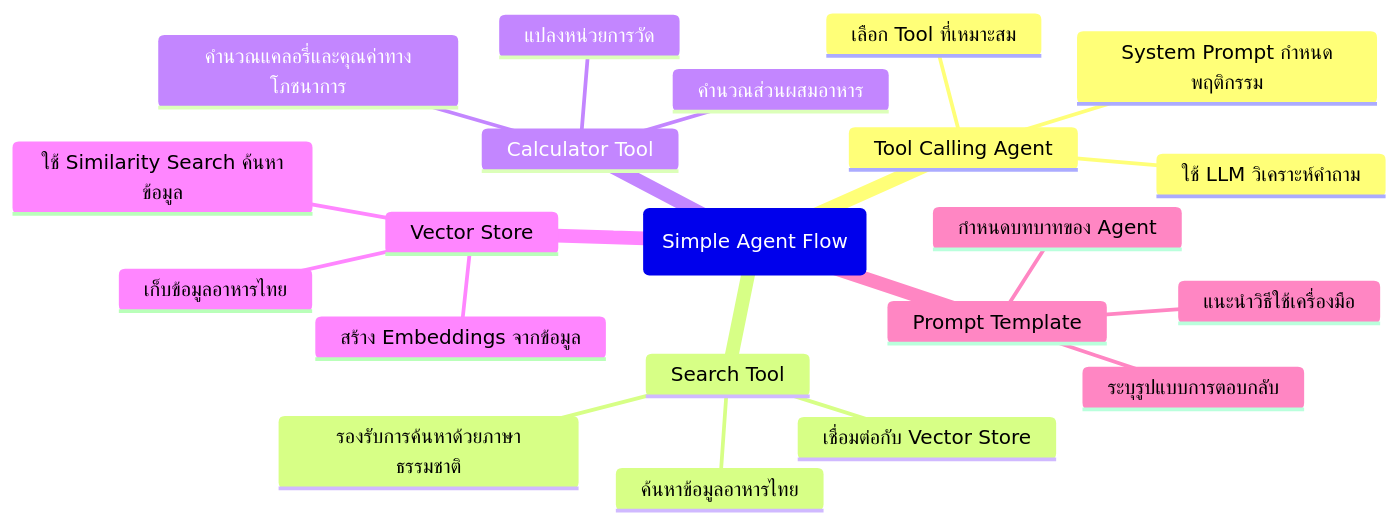
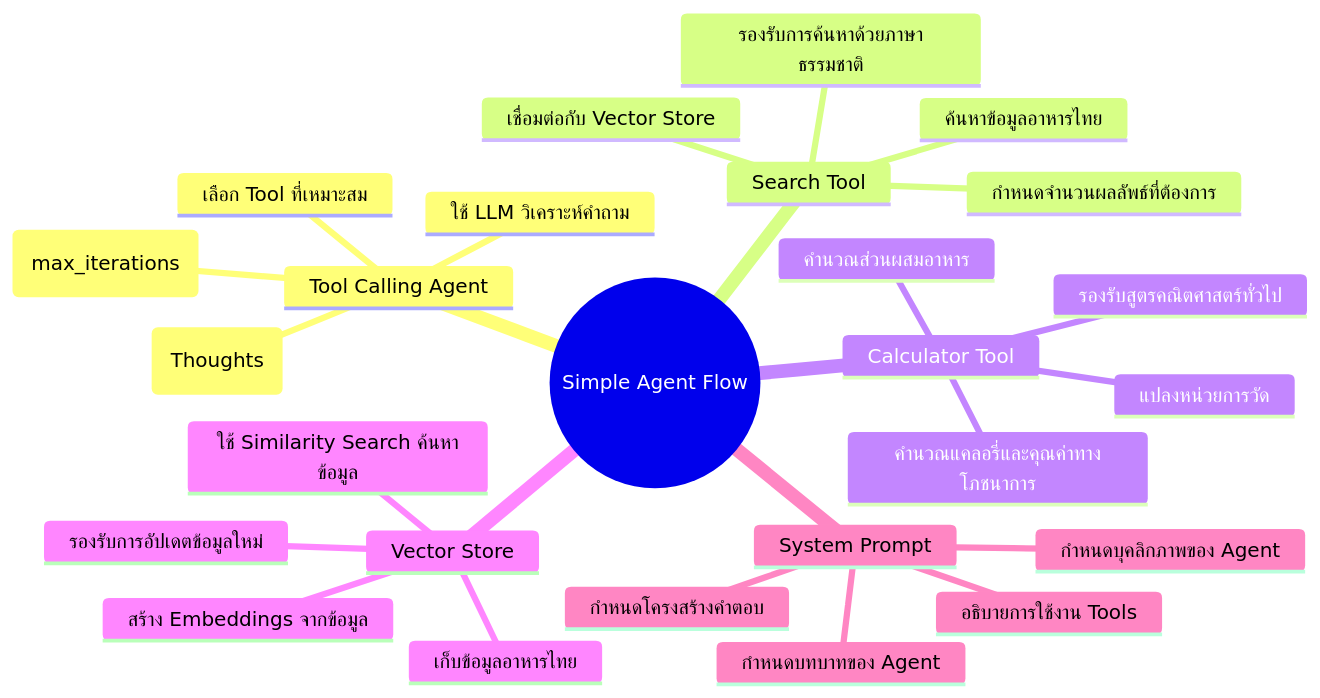
The fifth of 18 diagrams in hand-on_2-3/README_TH.md (amornpan/langflow-ai), drawn with Mermaid before and after one commit. The commit also changed other lines of this file and 3 other files, not shown here.

````diff
--- a/hand-on_2-3/README_TH.md
+++ b/hand-on_2-3/README_TH.md
@@ -154,29 +133,29 @@
 ```mermaid
 mindmap
-    root(Simple Agent Flow)
-        Tool Calling Agent
-            ::icon(fa fa-brain)
-            ใช้ LLM วิเคราะห์คำถาม
-            เลือก Tool ที่เหมาะสม
-            System Prompt กำหนดพฤติกรรม
-        Search Tool
-            ::icon(fa fa-search)
-            เชื่อมต่อกับ Vector Store
-            ค้นหาข้อมูลอาหารไทย
-            รองรับการค้นหาด้วยภาษาธรรมชาติ
-        Calculator Tool
-            ::icon(fa fa-calculator)
-            คำนวณส่วนผสมอาหาร
-            แปลงหน่วยการวัด
-            คำนวณแคลอรี่และคุณค่าทางโภชนาการ
-        Vector Store
-            ::icon(fa fa-database)
-            เก็บข้อมูลอาหารไทย
-            สร้าง Embeddings จากข้อมูล
-            ใช้ Similarity Search ค้นหาข้อมูล
-        Prompt Template
-            ::icon(fa fa-file-text)
-            กำหนดบทบาทของ Agent
-            แนะนำวิธีใช้เครื่องมือ
-            ระบุรูปแบบการตอบกลับ
+  root((Simple Agent Flow))
+    Tool Calling Agent
+      ใช้ LLM วิเคราะห์คำถาม
+      เลือก Tool ที่เหมาะสม
+      แสดงกระบวนการคิด (Thoughts)
+      กำหนดจำนวนรอบสูงสุดในการคิด (max_iterations)
+    Search Tool
+      เชื่อมต่อกับ Vector Store
+      ค้นหาข้อมูลอาหารไทย
+      รองรับการค้นหาด้วยภาษาธรรมชาติ
+      กำหนดจำนวนผลลัพธ์ที่ต้องการ
+    Calculator Tool
+      คำนวณส่วนผสมอาหาร
+      แปลงหน่วยการวัด
+      คำนวณแคลอรี่และคุณค่าทางโภชนาการ
+      รองรับสูตรคณิตศาสตร์ทั่วไป
+    Vector Store
+      เก็บข้อมูลอาหารไทย
+      สร้าง Embeddings จากข้อมูล
+      ใช้ Similarity Search ค้นหาข้อมูล
+      รองรับการอัปเดตข้อมูลใหม่
+    System Prompt
+      กำหนดบทบาทของ Agent
+      อธิบายการใช้งาน Tools
+      กำหนดโครงสร้างคำตอบ
+      กำหนดบุคลิกภาพของ Agent
 ```
````
